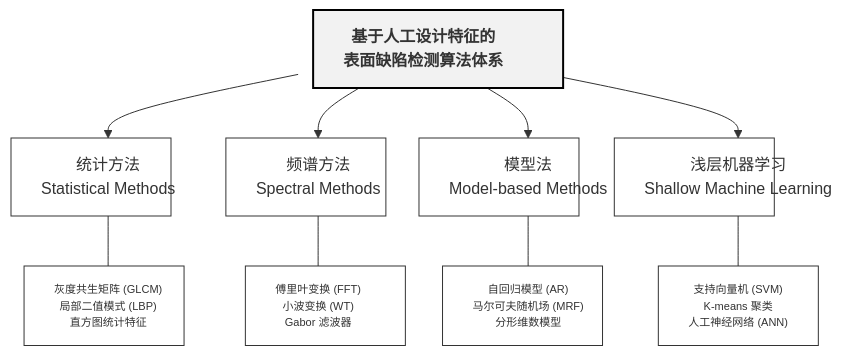
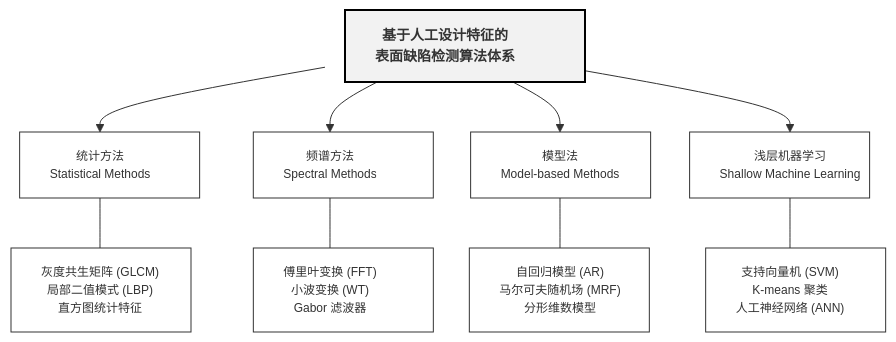
Before and after one commit to MAOSHENGsong/iodraw-files: the diagram in all/未命名-1.md, drawn with Mermaid.

Commit message:
2026-03-17 18:34:38 update

````diff
--- a/all/未命名-1.md
+++ b/all/未命名-1.md
@@ -1,44 +1,44 @@
 ```mermaid
 graph TB
     %% 核心标题
     Main[基于人工设计特征的<br/>表面缺陷检测算法体系] 
     
-    %% 第一层级：四大分支 (设置固定宽度)
+    %% 第一层级：四大分支 (设置固定宽度 180px)
     Statistical[统计方法<br/>Statistical Methods]
     Spectral[频谱方法<br/>Spectral Methods]
     Model[模型法<br/>Model-based Methods]
     Machine[浅层机器学习<br/>Shallow Machine Learning]
 
-    %% 第二层级：典型算法 (通过样式保持与上方一致)
+    %% 第二层级：典型算法 (手动折行确保不溢出)
     Sub_Stat["灰度共生矩阵 (GLCM)<br/>局部二值模式 (LBP)<br/>直方图统计特征"]
     Sub_Spec["傅里叶变换 (FFT)<br/>小波变换 (WT)<br/>Gabor 滤波器"]
     Sub_Mod["自回归模型 (AR)<br/>马尔可夫随机场 (MRF)<br/>分形维数模型"]
     Sub_Mach["支持向量机 (SVM)<br/>K-means 聚类<br/>人工神经网络 (ANN)"]
 
     %% 建立连接
     Main --> Statistical
     Main --> Spectral
     Main --> Model
     Main --> Machine
 
     Statistical --- Sub_Stat
     Spectral --- Sub_Spec
     Model --- Sub_Mod
     Machine --- Sub_Mach
 
-    %% --- 样式调整：实现宽度一致 ---
-    %% 设置所有方块的基础样式
-    classDef common fill:#ffffff,stroke:#333,stroke-width:1px,width:160px;
+    %% --- 论文级样式控制 ---
+    %% 统一所有节点的宽度为 180px，确保上下对齐且文字不溢出
+    classDef boxStyle fill:#ffffff,stroke:#333,stroke-width:1px,width:180px,font-size:12px;
     
-    class Statistical,Spectral,Model,Machine common;
-    class Sub_Stat,Sub_Spec,Sub_Mod,Sub_Mach common;
+    class Statistical,Spectral,Model,Machine boxStyle;
+    class Sub_Stat,Sub_Spec,Sub_Mod,Sub_Mach boxStyle;
 
-    %% 标题特殊样式
-    style Main fill:#f2f2f2,stroke:#000,stroke-width:2px,font-weight:bold,width:250px
+    %% 标题样式：略宽一些以容纳长标题
+    style Main fill:#f2f2f2,stroke:#000,stroke-width:2px,font-weight:bold,width:240px,font-size:14px
     
-    %% 细化内容样式
-    style Sub_Stat font-size:11px,text-align:center
-    style Sub_Spec font-size:11px,text-align:center
-    style Sub_Mod font-size:11px,text-align:center
-    style Sub_Mach font-size:11px,text-align:center
+    %% 强制微调子项对齐
+    style Sub_Stat text-align:center
+    style Sub_Spec text-align:center
+    style Sub_Mod text-align:center
+    style Sub_Mach text-align:center
 ```
````
